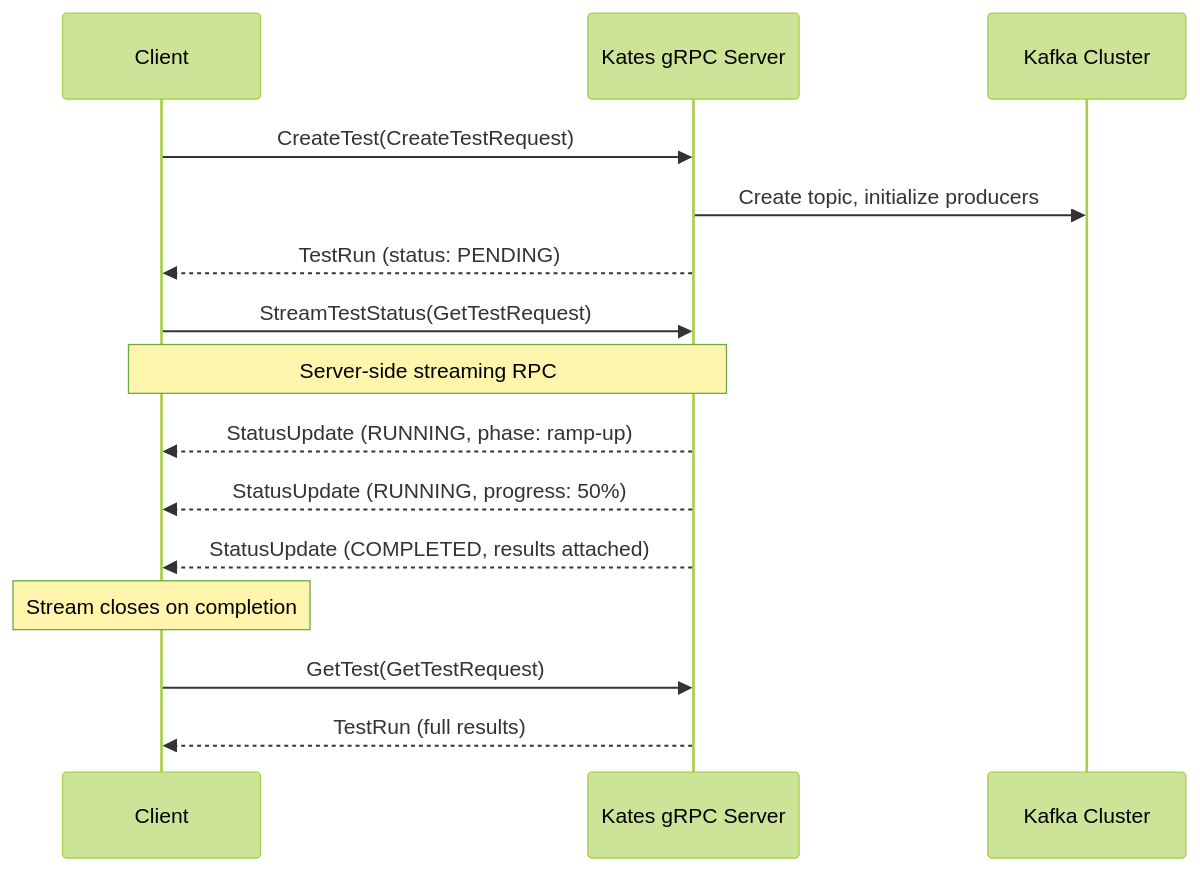
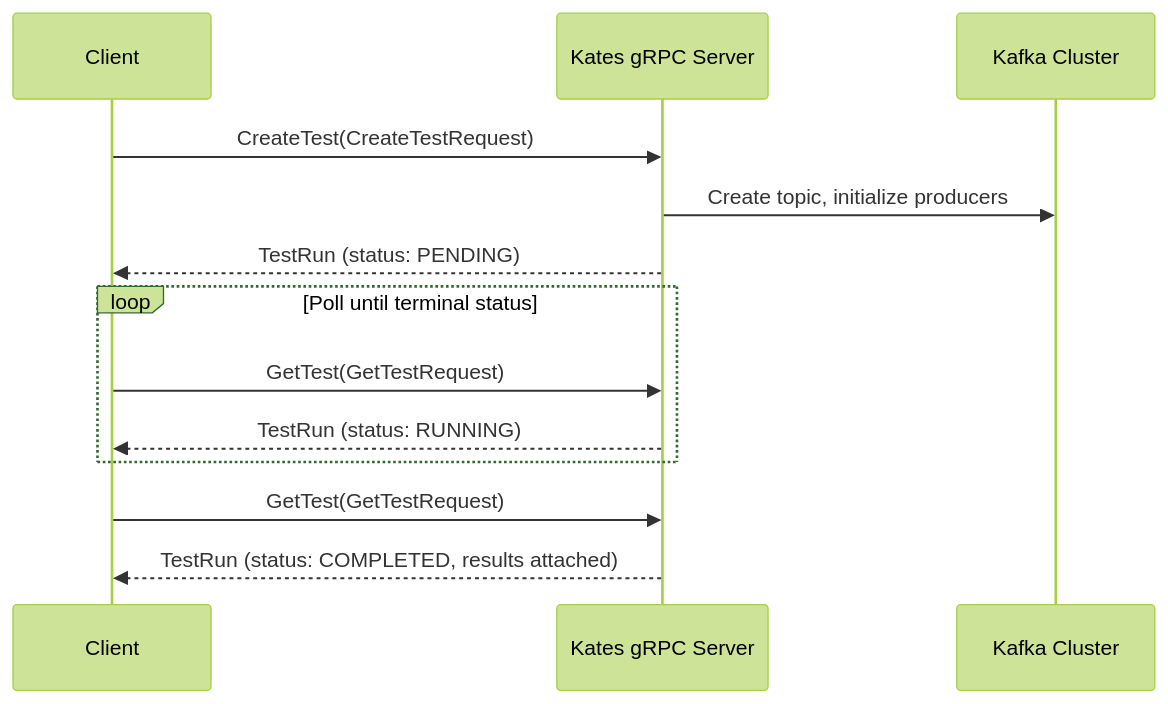
One commit to actions-marketplace-validations/bmscomp_kates changed the diagram in docs/book/16-grpc-api.md. Above: the diagram before and after it, drawn with Mermaid (forest theme). The commit also changed other lines of this file and 23 other files, not shown here.

````diff
--- a/docs/book/16-grpc-api.md
+++ b/docs/book/16-grpc-api.md
@@ -31,21 +30,18 @@
 ```mermaid
 sequenceDiagram
     participant Client
     participant Kates gRPC Server
     participant Kafka Cluster
 
     Client->>Kates gRPC Server: CreateTest(CreateTestRequest)
     Kates gRPC Server->>Kafka Cluster: Create topic, initialize producers
     Kates gRPC Server-->>Client: TestRun (status: PENDING)
 
-    Client->>Kates gRPC Server: StreamTestStatus(GetTestRequest)
-    Note over Client,Kates gRPC Server: Server-side streaming RPC
-
-    Kates gRPC Server-->>Client: StatusUpdate (RUNNING, phase: ramp-up)
-    Kates gRPC Server-->>Client: StatusUpdate (RUNNING, progress: 50%)
-    Kates gRPC Server-->>Client: StatusUpdate (COMPLETED, results attached)
-    Note over Client: Stream closes on completion
+    loop Poll until terminal status
+        Client->>Kates gRPC Server: GetTest(GetTestRequest)
+        Kates gRPC Server-->>Client: TestRun (status: RUNNING)
+    end
 
     Client->>Kates gRPC Server: GetTest(GetTestRequest)
-    Kates gRPC Server-->>Client: TestRun (full results)
+    Kates gRPC Server-->>Client: TestRun (status: COMPLETED, results attached)
 ```
````
